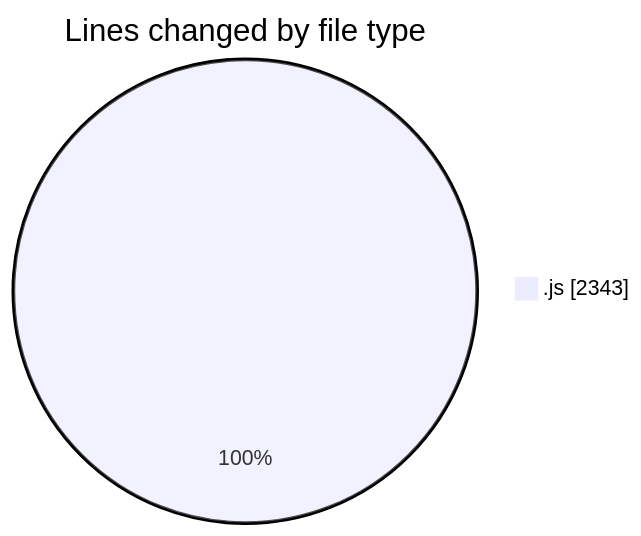
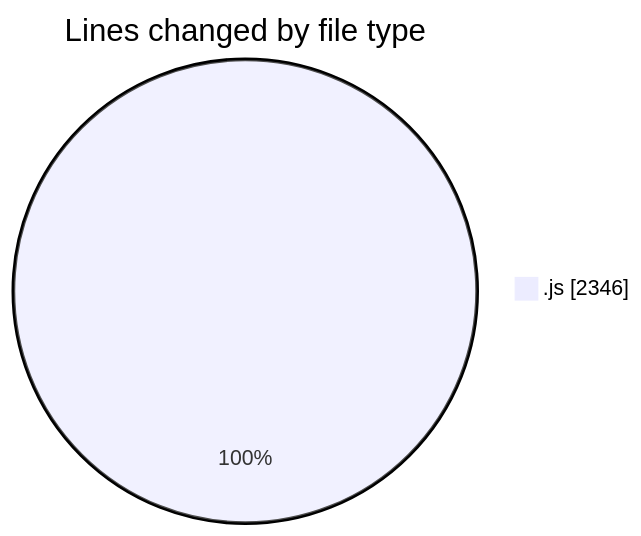
One commit to Ritupan-Deka/code-tracking changed the first of 2 diagrams in 2025-08-04/javascript/README.md. Above: the diagram before and after it, drawn with Mermaid. The commit also changed other lines of this file and 1 other file, not shown here.

````diff
--- a/2025-08-04/javascript/README.md
+++ b/2025-08-04/javascript/README.md
@@ -23,5 +23,5 @@
 ```mermaid
 pie showData
 title Lines changed by file type
-".js" : 2343
+".js" : 2346
 ```
````
